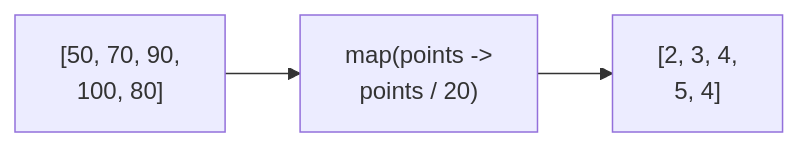
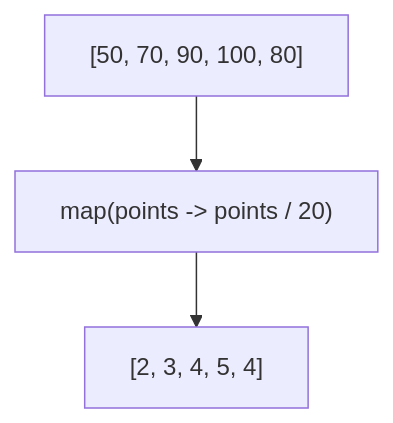
One commit to hh-programming-2/lessons changed the second of 2 diagrams in materials/streams.md. Above: the diagram before and after it, drawn with Mermaid. The commit also changed other lines of this file, not shown here.

Commit message:
Update flowchart syntax in streams.md

````diff
--- a/materials/streams.md
+++ b/materials/streams.md
@@ -114,5 +114,5 @@
 ```mermaid
-flowchart LR
-    A["[50, 70, 90,<br/>100, 80]"] --> B["map(points -><br/>points / 20)"]
-    B --> C["[2, 3, 4,<br/>5, 4]"]
+flowchart TB
+    A["[50, 70, 90, 100, 80]"] --> B["map(points -> points / 20)"]
+    B --> C["[2, 3, 4, 5, 4]"]
 ```
````
